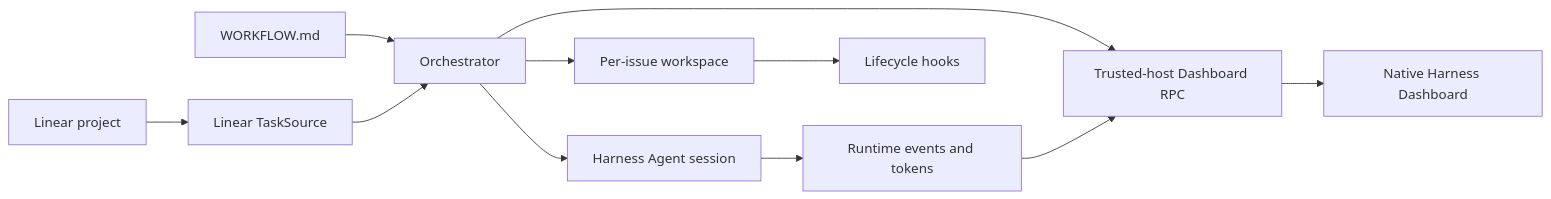
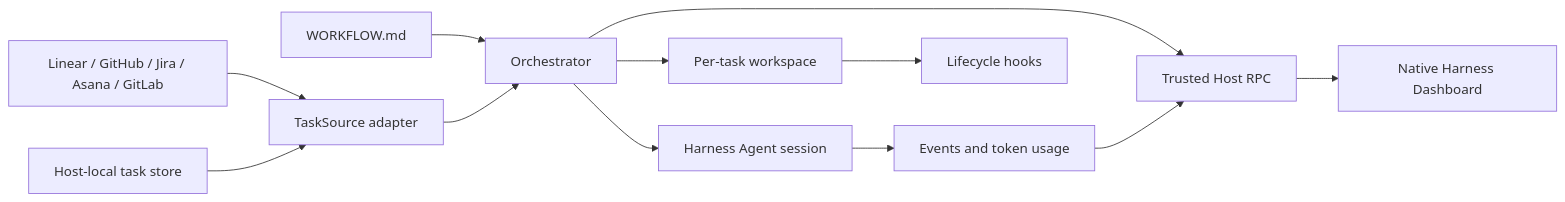
One commit to Uddoo/dsh-dashboard changed the diagram in README.md. Above: the diagram before and after it, drawn with Mermaid. The commit also changed other lines of this file and 53 other files, not shown here.

Commit message:
feat: add multi-provider and local task workflows

````diff
--- a/README.md
+++ b/README.md
@@ -31,13 +38,14 @@
 ```mermaid
 flowchart LR
-    L["Linear project"] --> S["Linear TaskSource"]
+    P["Linear / GitHub / Jira / Asana / GitLab"] --> S["TaskSource adapter"]
+    L["Host-local task store"] --> S
     W["WORKFLOW.md"] --> O["Orchestrator"]
     S --> O
-    O --> M["Per-issue workspace"]
+    O --> M["Per-task workspace"]
     O --> A["Harness Agent session"]
-    A --> R["Runtime events and tokens"]
+    A --> R["Events and token usage"]
     M --> H["Lifecycle hooks"]
-    O --> D["Trusted-host Dashboard RPC"]
+    O --> D["Trusted Host RPC"]
     R --> D
     D --> U["Native Harness Dashboard"]
 ```
````
